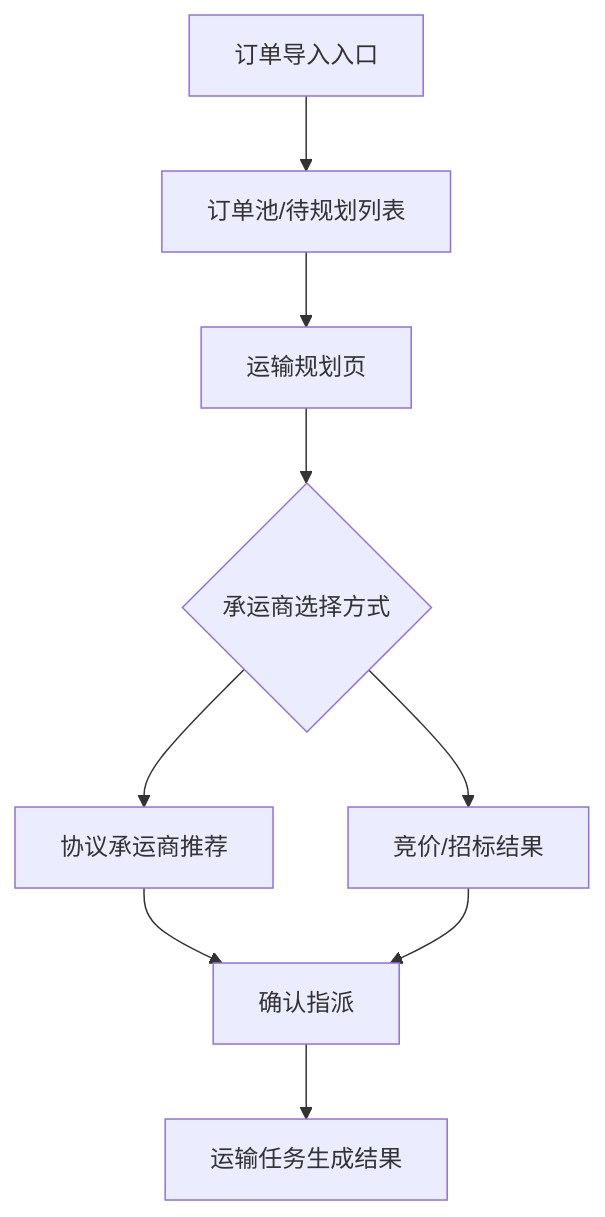
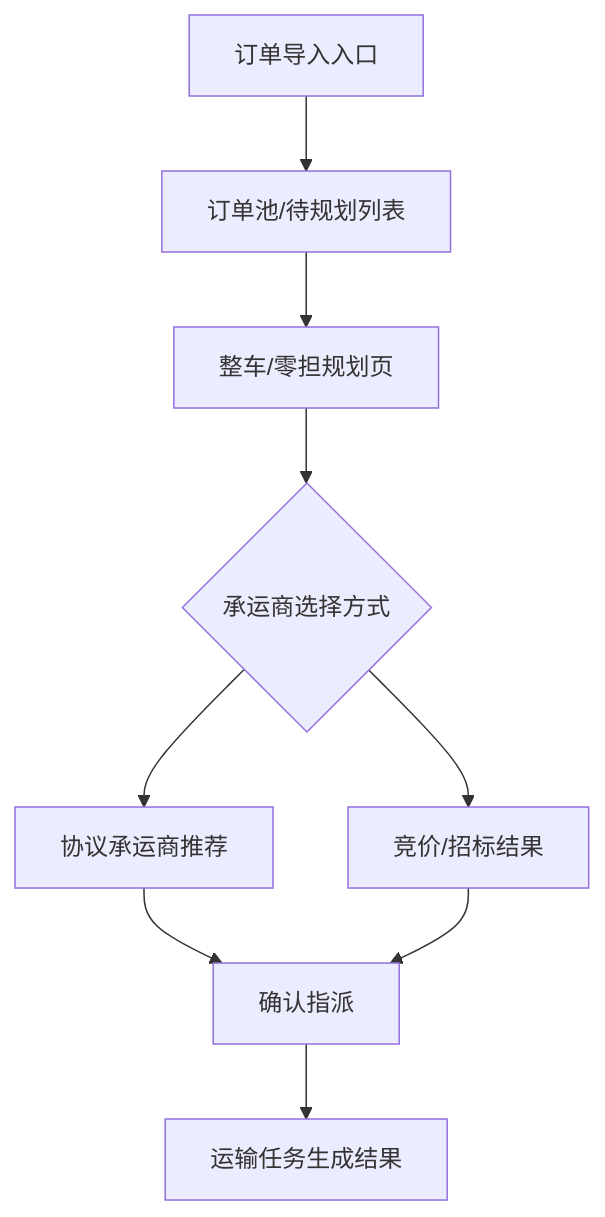
Before and after one commit to husinglemon-art/TMS_Shipper: the diagram in 02_Iteration_Workspace/v1.0/03_PRD_Initial.md, drawn with Mermaid. The commit also changed other lines of this file and 16 other files, not shown here.

````diff
--- a/02_Iteration_Workspace/v1.0/03_PRD_Initial.md
+++ b/02_Iteration_Workspace/v1.0/03_PRD_Initial.md
@@ -15,11 +15,11 @@
 ```mermaid
 graph TD
     A[订单导入入口] --> B[订单池/待规划列表]
-    B --> C[运输规划页]
+    B --> C[整车/零担规划页]
     C --> D{承运商选择方式}
     D --> E[协议承运商推荐]
     D --> F[竞价/招标结果]
     E --> G[确认指派]
     F --> G
     G --> H[运输任务生成结果]
 ```
````
